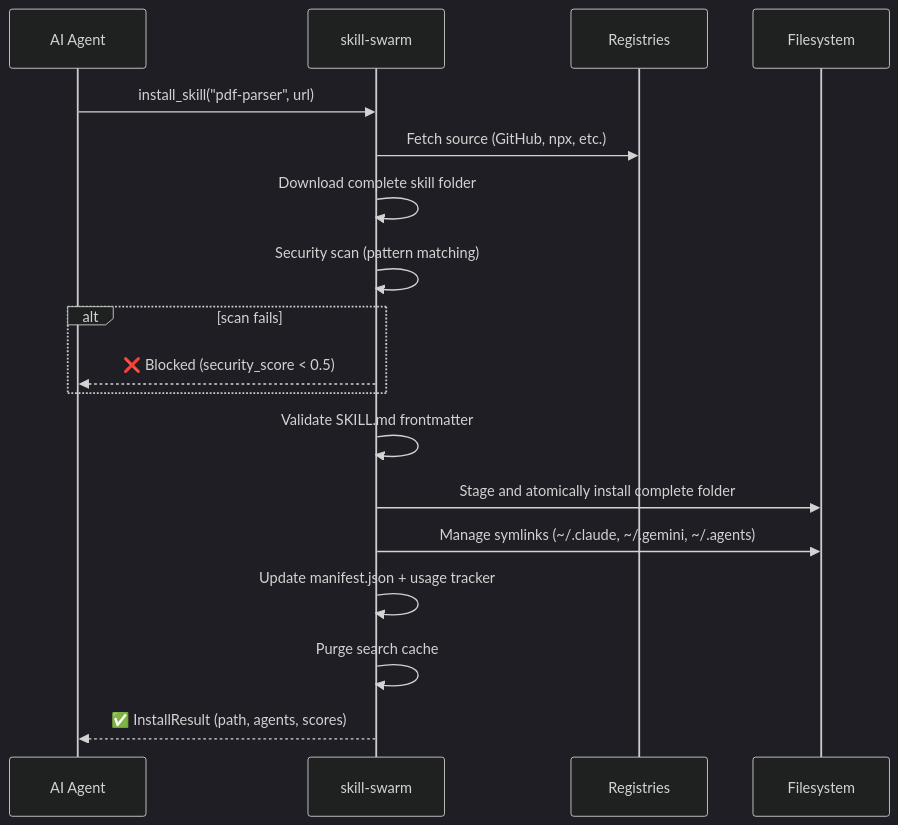
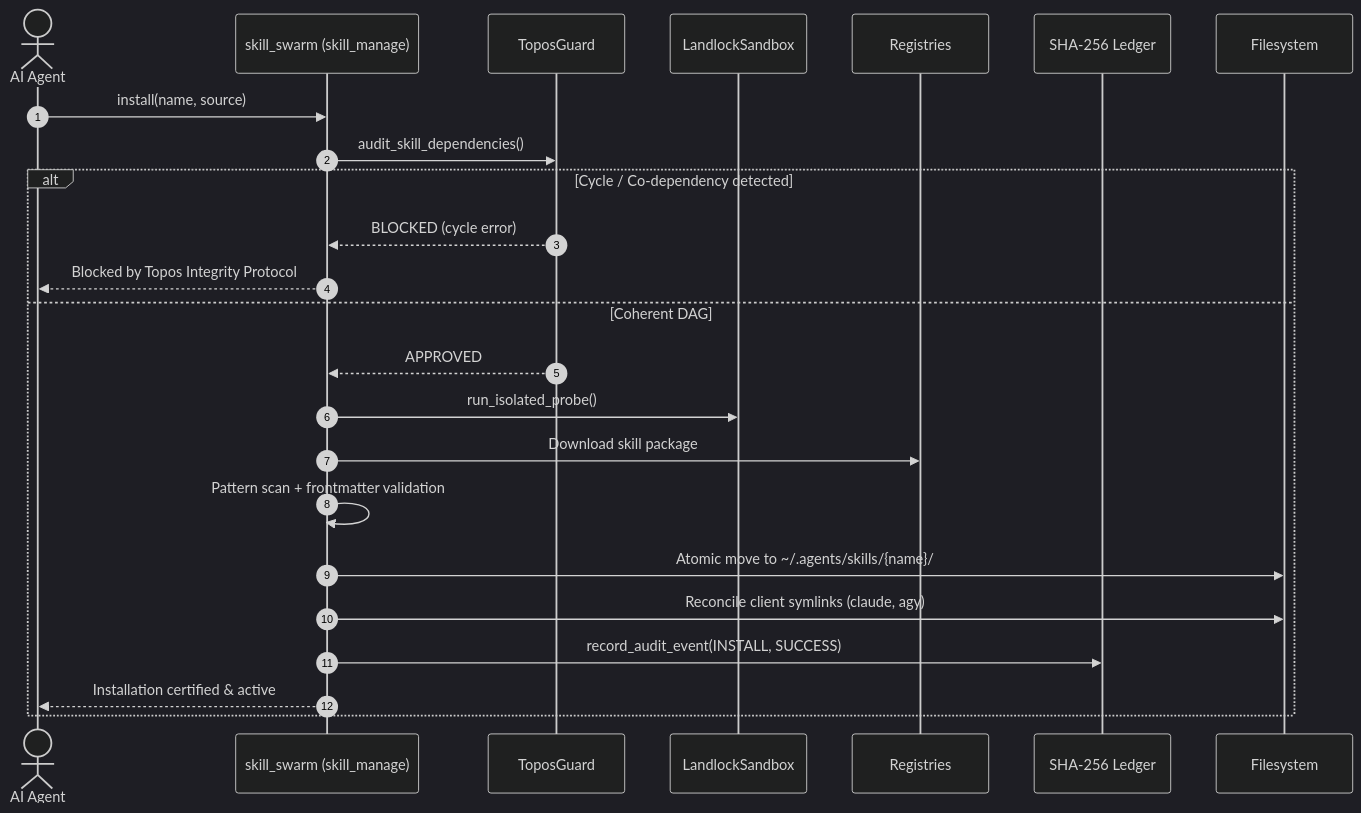
One commit to ancrz/skill-swarm-mcp changed the fifth of 7 diagrams in README.md. Above: the diagram before and after it, drawn with Mermaid (dark theme). The commit also changed other lines of this file, not shown here.

First line of the commit message:
docs: lint mermaid diagrams, add top navigation anchors, and specify apache 2.0 terms

````diff
--- a/README.md
+++ b/README.md
@@ -150,21 +147,27 @@
 ```mermaid
 sequenceDiagram
-    participant A as AI Agent
-    participant S as skill-swarm
+    autonumber
+    actor A as AI Agent
+    participant S as skill_swarm (skill_manage)
+    participant T as ToposGuard
+    participant L as LandlockSandbox
     participant R as Registries
+    participant Aud as SHA-256 Ledger
     participant FS as Filesystem
 
-    A->>S: install_skill("pdf-parser", url)
-    S->>R: Fetch source (GitHub, npx, etc.)
-    S->>S: Download complete skill folder
-    S->>S: Security scan (pattern matching)
-    alt scan fails
-        S-->>A: ❌ Blocked (security_score < 0.5)
+    A->>S: install(name, source)
+    S->>T: audit_skill_dependencies()
+    alt Cycle / Co-dependency detected
+        T-->>S: BLOCKED (cycle error)
+        S-->>A: Blocked by Topos Integrity Protocol
+    else Coherent DAG
+        T-->>S: APPROVED
+        S->>L: run_isolated_probe()
+        S->>R: Download skill package
+        S->>S: Pattern scan + frontmatter validation
+        S->>FS: Atomic move to ~/.agents/skills/{name}/
+        S->>FS: Reconcile client symlinks (claude, agy)
+        S->>Aud: record_audit_event(INSTALL, SUCCESS)
+        S-->>A: Installation certified & active
     end
-    S->>S: Validate SKILL.md frontmatter
-    S->>FS: Stage and atomically install complete folder
-    S->>FS: Manage symlinks (~/.claude, ~/.gemini, ~/.agents)
-    S->>S: Update manifest.json + usage tracker
-    S->>S: Purge search cache
-    S-->>A: ✅ InstallResult (path, agents, scores)
 ```
````
